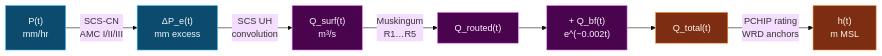
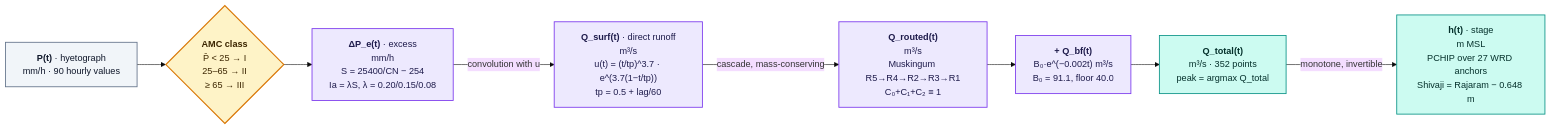
The first of 2 diagrams in docs/runoff-computation.md (satwikcccss-crypto/CCCSS-SUK-Panchganga_Hydrocast), drawn with Mermaid (base theme) before and after one commit. The commit also changed other lines of this file and 14 other files, not shown here.

````diff
--- a/docs/runoff-computation.md
+++ b/docs/runoff-computation.md
@@ -117,15 +117,29 @@
 ```mermaid
 flowchart LR
-    P["P(t)<br/>mm/hr"] -->|"SCS-CN<br/>AMC I/II/III"| PE["ΔP_e(t)<br/>mm excess"]
-    PE -->|"SCS UH<br/>convolution"| QS["Q_surf(t)<br/>m³/s"]
-    QS -->|"Muskingum<br/>R1…R5"| R["Q_routed(t)"]
-    R --> BF["+ Q_bf(t)<br/>e^(−0.002t)"] --> QT["Q_total(t)"]
-    QT -->|"PCHIP rating<br/>WRD anchors"| H["h(t)<br/>m MSL"]
+    P["<b>P(t)</b> · hyetograph<br/>mm/h · 90 hourly values"]
+    AMC{"<b>AMC class</b><br/>P̄ &lt; 25 → I<br/>25–65 → II<br/>≥ 65 → III"}
+    PE["<b>ΔP_e(t)</b> · excess<br/>mm/h<br/>S = 25400/CN − 254<br/>Ia = λS, λ = 0.20/0.15/0.08"]
+    QS["<b>Q_surf(t)</b> · direct runoff<br/>m³/s<br/>u(t) = (t/tp)^3.7 · e^(3.7(1−t/tp))<br/>tp = 0.5 + lag/60"]
+    R["<b>Q_routed(t)</b><br/>m³/s<br/>Muskingum R5→R4→R2→R3→R1<br/>C₀+C₁+C₂ ≡ 1"]
+    BF["<b>+ Q_bf(t)</b><br/>B₀·e^(−0.002t) m³/s<br/>B₀ = 91.1, floor 40.0"]
+    QT["<b>Q_total(t)</b><br/>m³/s · 352 points<br/>peak = argmax Q_total"]
+    H["<b>h(t)</b> · stage<br/>m MSL<br/>PCHIP over 27 WRD anchors<br/>Shivaji = Rajaram − 0.648 m"]
 
-    classDef loss fill:#0c4a6e,stroke:#38bdf8,color:#f0f9ff
-    classDef route fill:#4a044e,stroke:#e879f9,color:#fdf4ff
-    classDef stage fill:#7c2d12,stroke:#fb923c,color:#fff7ed
-    class P,PE loss
-    class QS,R,BF route
-    class QT,H stage
+    P --> AMC
+    AMC --> PE
+    PE -->|convolution with u| QS
+    QS -->|cascade, mass-conserving| R
+    R --> BF
+    BF --> QT
+    QT -->|monotone, invertible| H
+
+    classDef force   fill:#f1f5f9,stroke:#64748b,stroke-width:1.5px,color:#0f172a
+    classDef decide  fill:#fef3c7,stroke:#d97706,stroke-width:2px,color:#3b2500
+    classDef compute fill:#ede9fe,stroke:#7c3aed,stroke-width:1.5px,color:#1e1b4b
+    classDef out     fill:#ccfbf1,stroke:#0d9488,stroke-width:1.5px,color:#04302b
+
+    class P force
+    class AMC decide
+    class PE,QS,R,BF compute
+    class QT,H out
 ```
````
